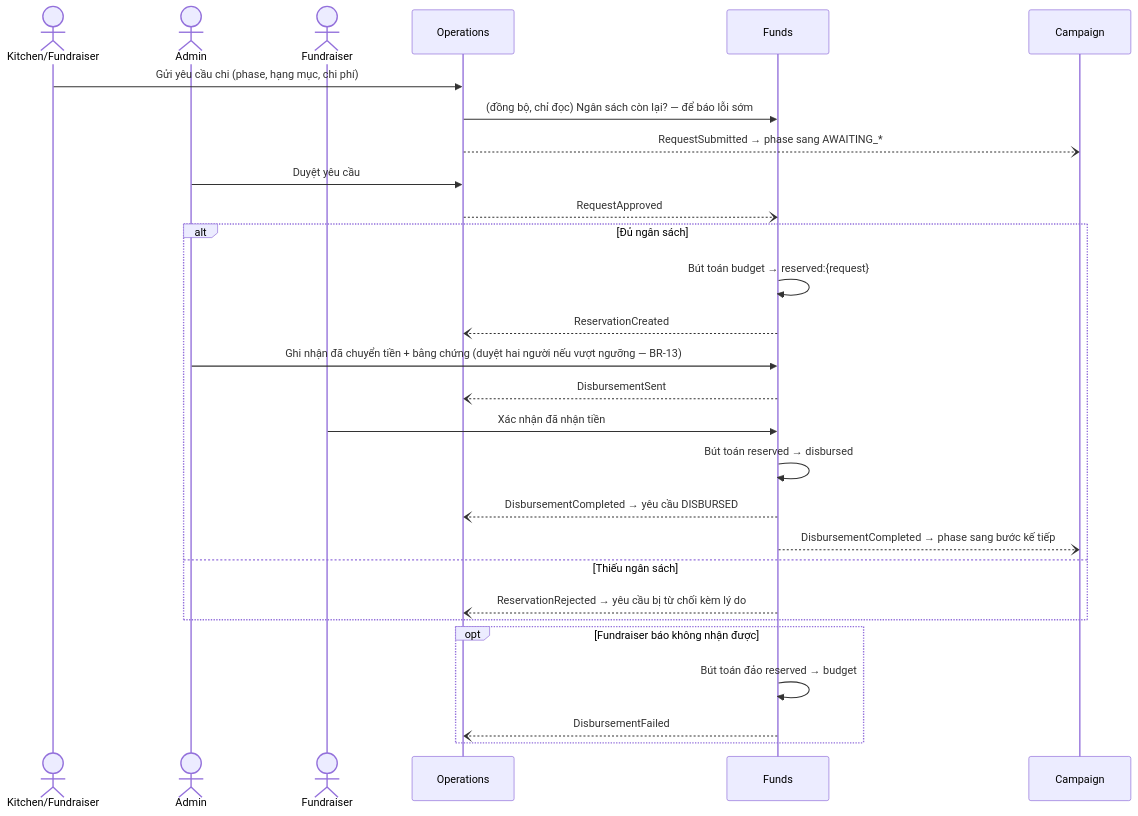
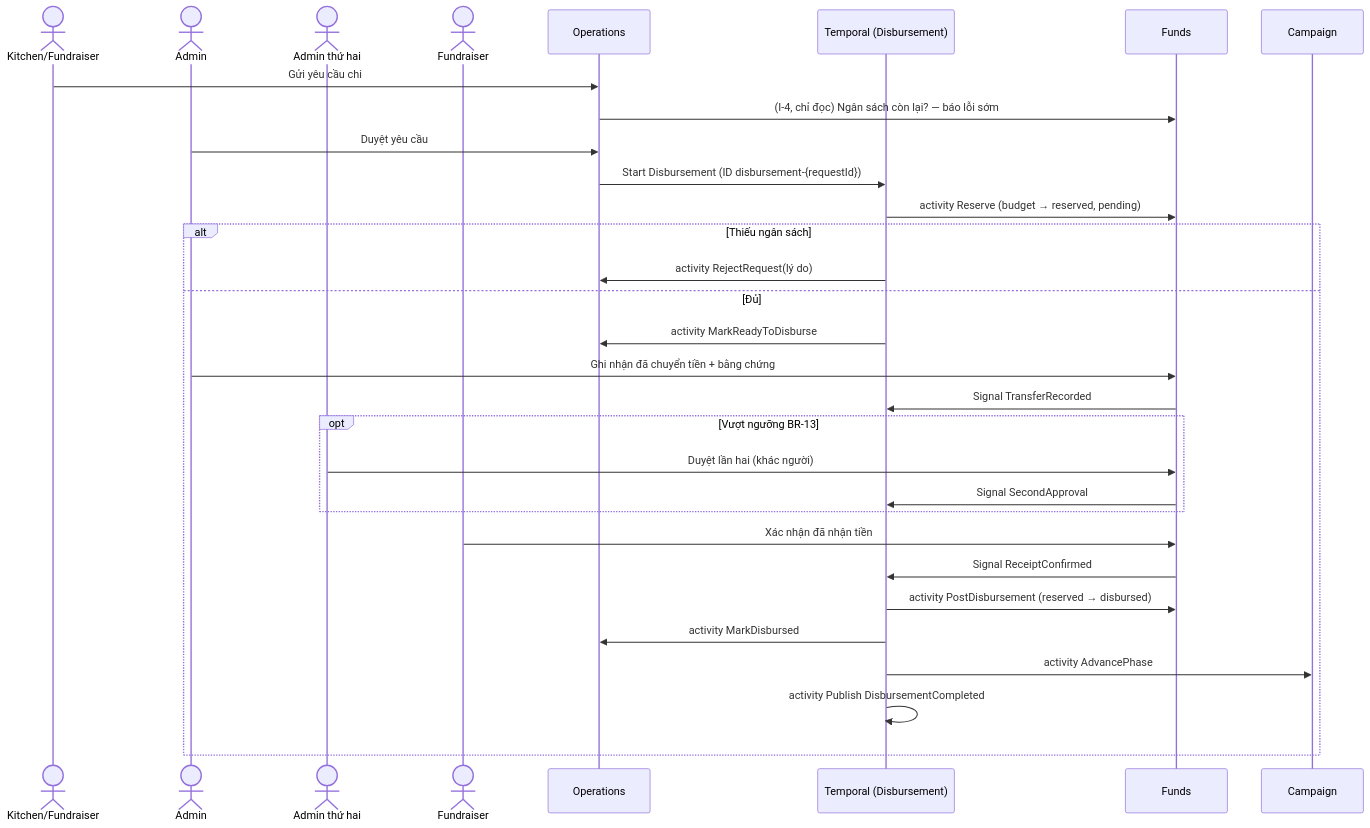
One commit to phuoctmse/FoodFund-Microservices changed the fourth of 4 diagrams in docs/rewrite/02-decomposition.md. Above: the diagram before and after it, drawn with Mermaid. The commit also changed other lines of this file, not shown here.

First line of the commit message:
docs(rewrite): rewrite decomposition v1.1 around Temporal orchestration

````diff
--- a/docs/rewrite/02-decomposition.md
+++ b/docs/rewrite/02-decomposition.md
@@ -181,30 +227,33 @@
 ```mermaid
 sequenceDiagram
     actor K as Kitchen/Fundraiser
     actor A as Admin
+    actor A2 as Admin thứ hai
     actor FR as Fundraiser
     participant O as Operations
+    participant T as Temporal (Disbursement)
     participant F as Funds
     participant C as Campaign
-    K->>O: Gửi yêu cầu chi (phase, hạng mục, chi phí)
-    O->>F: (đồng bộ, chỉ đọc) Ngân sách còn lại? — để báo lỗi sớm
-    O--)C: RequestSubmitted → phase sang AWAITING_*
+    K->>O: Gửi yêu cầu chi
+    O->>F: (I-4, chỉ đọc) Ngân sách còn lại? — báo lỗi sớm
     A->>O: Duyệt yêu cầu
-    O--)F: RequestApproved
-    alt Đủ ngân sách
-        F->>F: Bút toán budget → reserved:{request}
-        F--)O: ReservationCreated
-        A->>F: Ghi nhận đã chuyển tiền + bằng chứng (duyệt hai người nếu vượt ngưỡng — BR-13)
-        F--)O: DisbursementSent
+    O->>T: Start Disbursement (ID disbursement-{requestId})
+    T->>F: activity Reserve (budget → reserved, pending)
+    alt Thiếu ngân sách
+        T->>O: activity RejectRequest(lý do)
+    else Đủ
+        T->>O: activity MarkReadyToDisburse
+        A->>F: Ghi nhận đã chuyển tiền + bằng chứng
+        F->>T: Signal TransferRecorded
+        opt Vượt ngưỡng BR-13
+            A2->>F: Duyệt lần hai (khác người)
+            F->>T: Signal SecondApproval
+        end
         FR->>F: Xác nhận đã nhận tiền
-        F->>F: Bút toán reserved → disbursed
-        F--)O: DisbursementCompleted → yêu cầu DISBURSED
-        F--)C: DisbursementCompleted → phase sang bước kế tiếp
-    else Thiếu ngân sách
-        F--)O: ReservationRejected → yêu cầu bị từ chối kèm lý do
-    end
-    opt Fundraiser báo không nhận được
-        F->>F: Bút toán đảo reserved → budget
-        F--)O: DisbursementFailed
+        F->>T: Signal ReceiptConfirmed
+        T->>F: activity PostDisbursement (reserved → disbursed)
+        T->>O: activity MarkDisbursed
+        T->>C: activity AdvancePhase
+        T->>T: activity Publish DisbursementCompleted
     end
 ```
````
